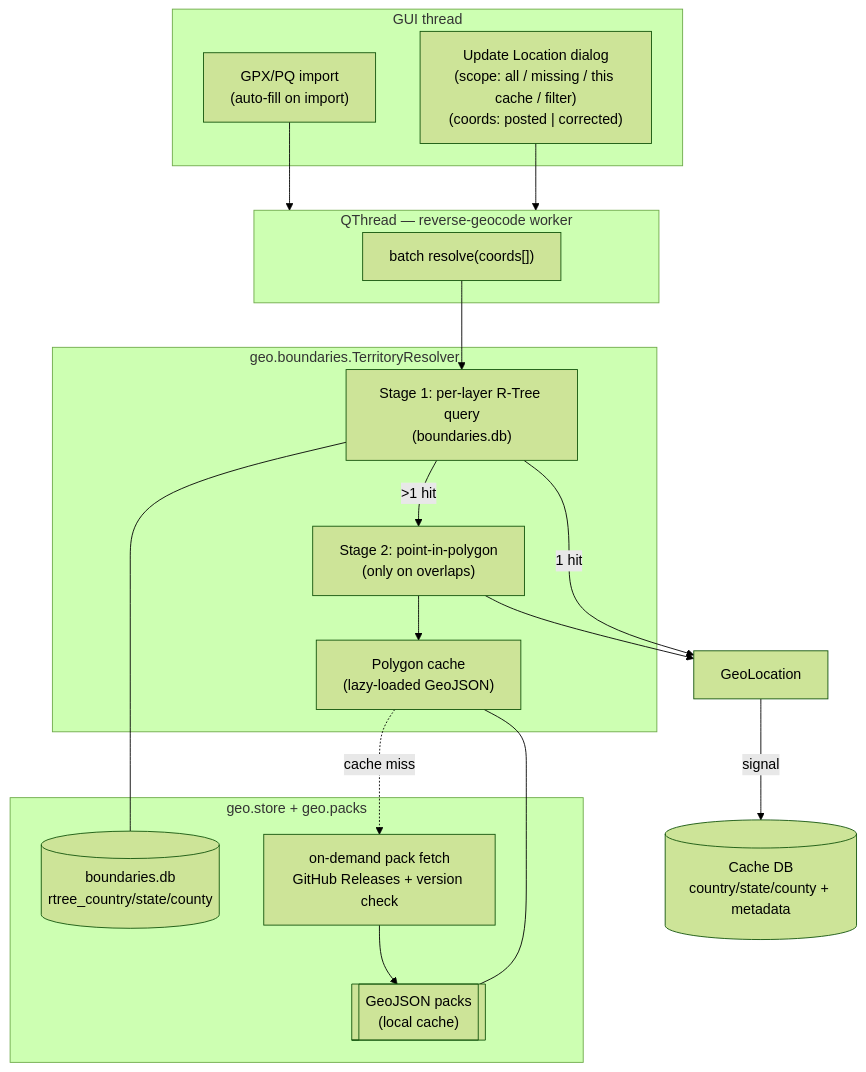
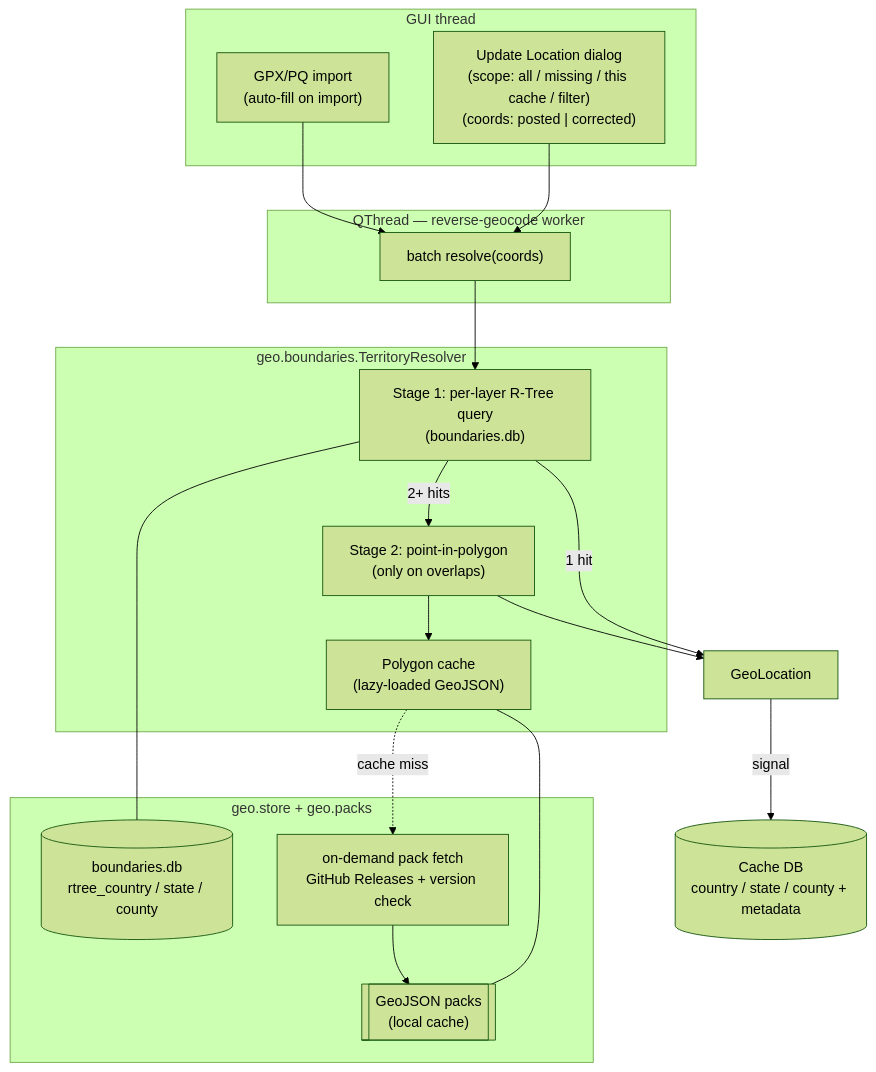
One commit to Fabio-A-Sa/OpenSAK changed the first of 3 diagrams in architecture/reverse-geocoding.md. Above: the diagram before and after it, drawn with Mermaid (forest theme). The commit also changed other lines of this file, not shown here.

Commit message:
docs(architecture): fix mermaid diagrams (<br/> line breaks, edge labels, cleaner update flow)

````diff
--- a/architecture/reverse-geocoding.md
+++ b/architecture/reverse-geocoding.md
@@ -225,38 +225,38 @@
 ```mermaid
 flowchart TD
     subgraph UI["GUI thread"]
-        DLG["Update Location dialog\n(scope: all / missing / this cache / filter)\n(coords: posted | corrected)"]
-        IMP["GPX/PQ import\n(auto-fill on import)"]
+        DLG["Update Location dialog<br/>(scope: all / missing / this cache / filter)<br/>(coords: posted | corrected)"]
+        IMP["GPX/PQ import<br/>(auto-fill on import)"]
     end
 
     subgraph WORKER["QThread — reverse-geocode worker"]
-        BATCH["batch resolve(coords[])"]
+        BATCH["batch resolve(coords)"]
     end
 
     subgraph ENGINE["geo.boundaries.TerritoryResolver"]
-        S1["Stage 1: per-layer R-Tree query\n(boundaries.db)"]
-        S2["Stage 2: point-in-polygon\n(only on overlaps)"]
-        POLY["Polygon cache\n(lazy-loaded GeoJSON)"]
+        S1["Stage 1: per-layer R-Tree query<br/>(boundaries.db)"]
+        S2["Stage 2: point-in-polygon<br/>(only on overlaps)"]
+        POLY["Polygon cache<br/>(lazy-loaded GeoJSON)"]
     end
 
     subgraph STORE["geo.store + geo.packs"]
-        BB[("boundaries.db\nrtree_country/state/county")]
-        GJ[["GeoJSON packs\n(local cache)"]]
-        DL["on-demand pack fetch\nGitHub Releases + version check"]
+        BB[("boundaries.db<br/>rtree_country / state / county")]
+        GJ[["GeoJSON packs<br/>(local cache)"]]
+        DL["on-demand pack fetch<br/>GitHub Releases + version check"]
     end
 
-    DB[("Cache DB\ncountry/state/county + metadata")]
+    DB[("Cache DB<br/>country / state / county + metadata")]
 
-    DLG --> WORKER
-    IMP --> WORKER
+    DLG --> BATCH
+    IMP --> BATCH
     BATCH --> S1
     S1 -->|1 hit| RESULT["GeoLocation"]
-    S1 -->|>1 hit| S2
+    S1 -->|2+ hits| S2
     S2 --> POLY
-    POLY -.cache miss.-> DL
+    POLY -. cache miss .-> DL
     S2 --> RESULT
     S1 --- BB
     POLY --- GJ
     DL --> GJ
     RESULT -->|signal| DB
 ```
````
